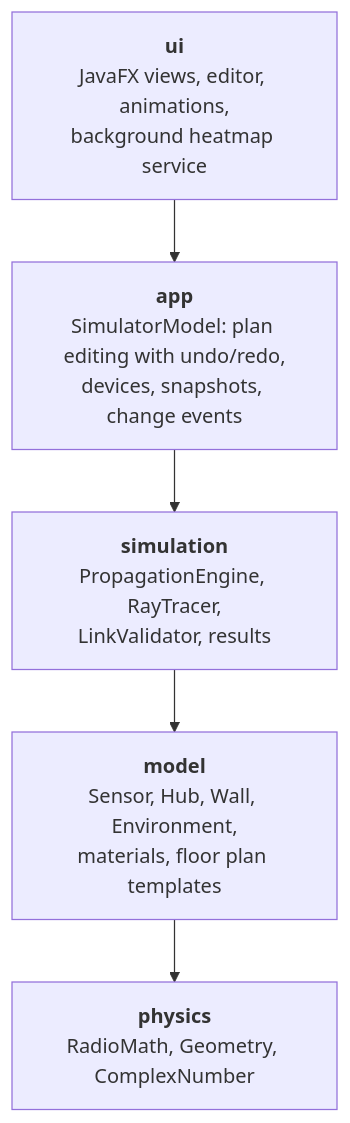
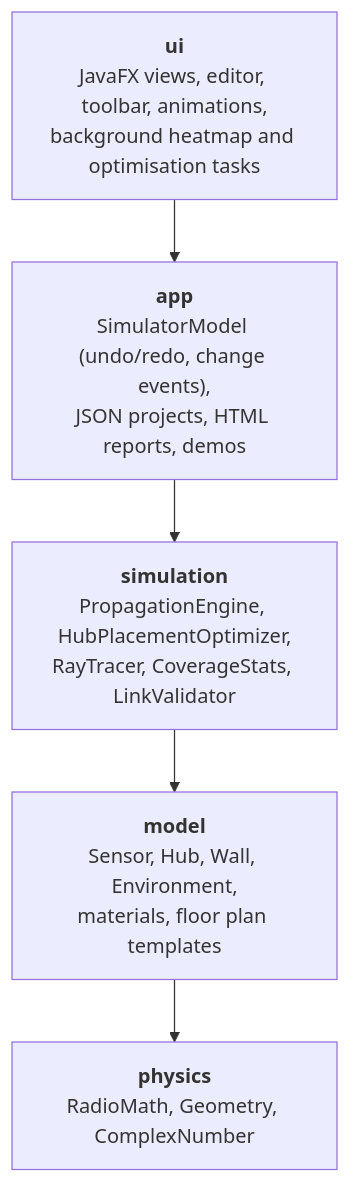
One commit to Tawonedan/smart-home-simulator-BLE changed the diagram in README.md. Above: the diagram before and after it, drawn with Mermaid. The commit also changed other lines of this file and 6 other files, not shown here.

Commit message:
docs: document the redesigned UI, hub placement and new screenshots

````diff
--- a/README.md
+++ b/README.md
@@ -110,9 +135,9 @@
 ```mermaid
 flowchart TD
-    ui["<b>ui</b><br/>JavaFX views, editor, animations,<br/>background heatmap service"]
-    app["<b>app</b><br/>SimulatorModel: plan editing with undo/redo,<br/>devices, snapshots, change events"]
-    simulation["<b>simulation</b><br/>PropagationEngine, RayTracer,<br/>LinkValidator, results"]
+    ui["<b>ui</b><br/>JavaFX views, editor, toolbar, animations,<br/>background heatmap and optimisation tasks"]
+    app["<b>app</b><br/>SimulatorModel (undo/redo, change events),<br/>JSON projects, HTML reports, demos"]
+    simulation["<b>simulation</b><br/>PropagationEngine, HubPlacementOptimizer,<br/>RayTracer, CoverageStats, LinkValidator"]
     model["<b>model</b><br/>Sensor, Hub, Wall, Environment,<br/>materials, floor plan templates"]
     physics["<b>physics</b><br/>RadioMath, Geometry, ComplexNumber"]
     ui --> app --> simulation --> model --> physics
 ```
````
